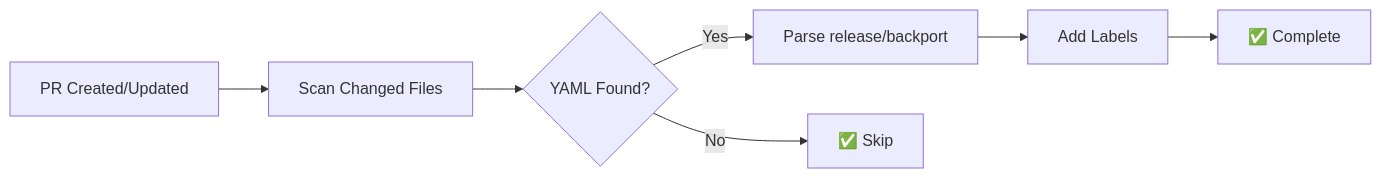
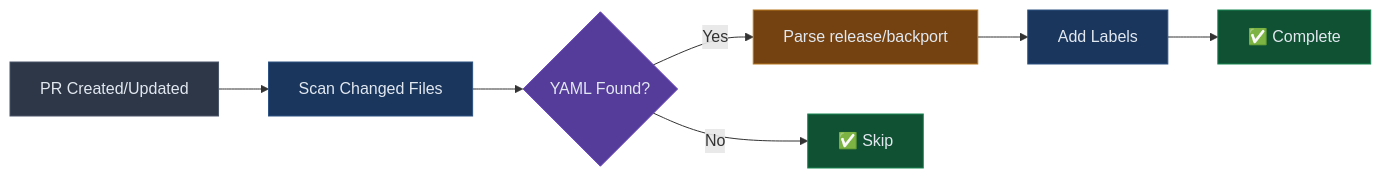
The third of 7 diagrams in README.md (thenets/repo-automation), drawn with Mermaid before and after one commit. The commit also changed other lines of this file and 1 other file, not shown here.

Commit message:
Update mermaid charts with dark-mode friendly colors

````diff
--- a/README.md
+++ b/README.md
@@ -331,9 +354,17 @@
 ```mermaid
 flowchart LR
     A[PR Created/Updated] --> B[Scan Changed Files]
     B --> C{YAML Found?}
     C -->|Yes| D[Parse release/backport]
     C -->|No| E[✅ Skip]
     D --> F[Add Labels]
     F --> G[✅ Complete]
+    
+    style A fill:#2d3748,stroke:#4a5568,color:#e2e8f0
+    style B fill:#1a365d,stroke:#2c5282,color:#e2e8f0
+    style C fill:#553c9a,stroke:#6b46c1,color:#e2e8f0
+    style D fill:#744210,stroke:#b7791f,color:#e2e8f0
+    style E fill:#0f5132,stroke:#198754,color:#e2e8f0
+    style F fill:#1a365d,stroke:#2c5282,color:#e2e8f0
+    style G fill:#0f5132,stroke:#198754,color:#e2e8f0
 ```
````
